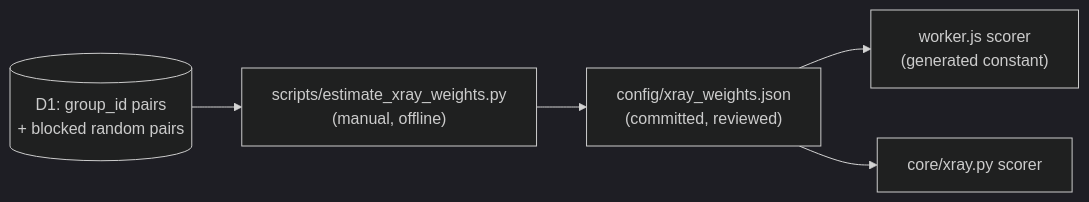
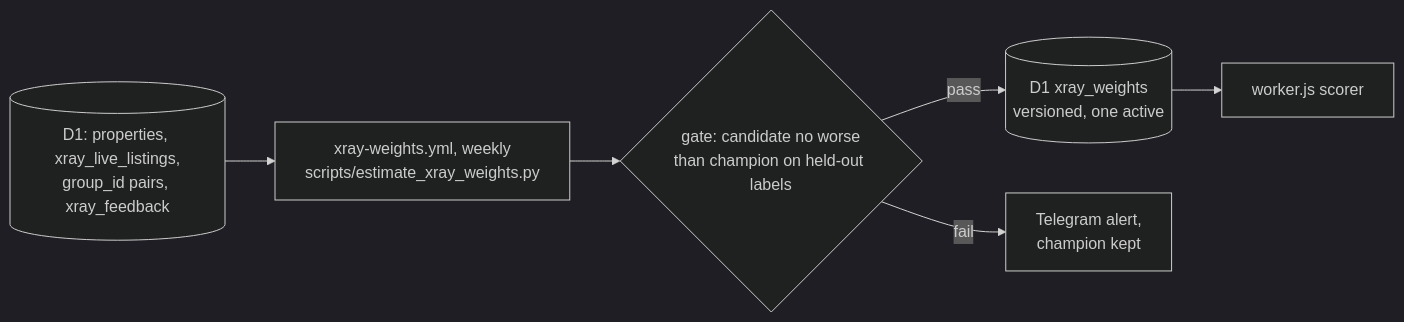
Before and after one commit to sandrikkk/real-estate: the diagram in docs/adr/0002-xray-duplicate-match-weights.md, drawn with Mermaid (dark theme). The commit also changed other lines of this file and 2 other files, not shown here.

First line of the commit message:
docs(adr): learn X-Ray weights automatically; read MyHome from Actions

````diff
--- a/docs/adr/0002-xray-duplicate-match-weights.md
+++ b/docs/adr/0002-xray-duplicate-match-weights.md
@@ -18,7 +23,8 @@
 ```mermaid
 flowchart LR
-    A[("D1: group_id pairs<br/>+ blocked random pairs")] --> B["scripts/estimate_xray_weights.py<br/>(manual, offline)"]
-    B --> C["config/xray_weights.json<br/>(committed, reviewed)"]
-    C --> D["worker.js scorer<br/>(generated constant)"]
-    C --> E["core/xray.py scorer"]
+    A[("D1: properties, xray_live_listings,<br/>group_id pairs, xray_feedback")] --> B["xray-weights.yml, weekly<br/>scripts/estimate_xray_weights.py"]
+    B --> C{"gate: candidate no worse<br/>than champion on held-out labels"}
+    C -- pass --> D[("D1 xray_weights<br/>versioned, one active")]
+    C -- fail --> E["Telegram alert,<br/>champion kept"]
+    D --> F["worker.js scorer"]
 ```
````
